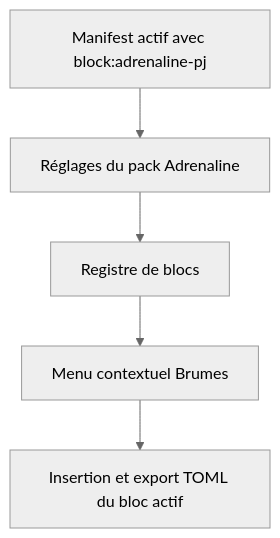
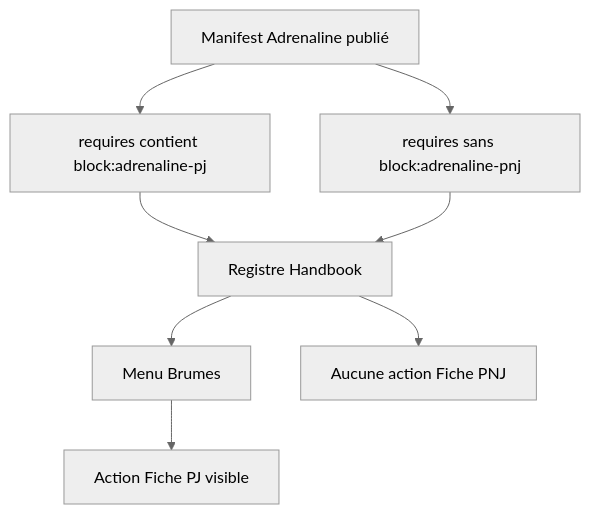
One commit to RebelliousSmile/schema-adrenaline changed the first of 2 diagrams in aidd_docs/tasks/2026_09/2026_09_18_actions-contextuelles-handbook/phase-1.md. Above: the diagram before and after it, drawn with Mermaid (neutral theme). The commit also changed other lines of this file and 1 other file, not shown here.

Commit message:
docs: target published adrenaline block capabilities

````diff
--- a/aidd_docs/tasks/2026_09/2026_09_18_actions-contextuelles-handbook/phase-1.md
+++ b/aidd_docs/tasks/2026_09/2026_09_18_actions-contextuelles-handbook/phase-1.md
@@ -23,7 +26,10 @@
 ```mermaid
 flowchart TD
-  A[Manifest actif avec block:adrenaline-pj] --> B[Réglages du pack Adrenaline]
-  B --> C[Registre de blocs]
-  C --> D[Menu contextuel Brumes]
-  D --> E[Insertion et export TOML du bloc actif]
+  A[Manifest Adrenaline publié] --> B[requires contient block:adrenaline-pj]
+  B --> C[Registre Handbook]
+  C --> D[Menu Brumes]
+  D --> E[Action Fiche PJ visible]
+  A --> F[requires sans block:adrenaline-pnj]
+  F --> C
+  C --> G[Aucune action Fiche PNJ]
 ```
````
